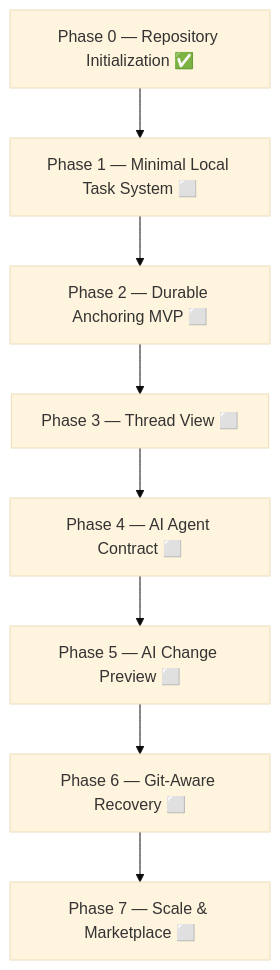
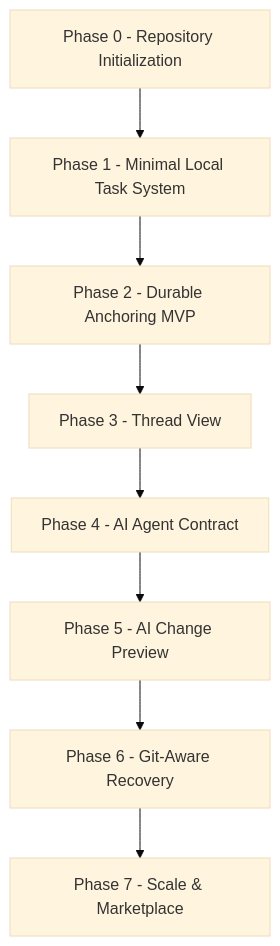
The first of 2 diagrams in docs/roadmap.md (duraisamy-gokul/fix-my-comments), drawn with Mermaid (base theme) before and after one commit. The commit also changed other lines of this file and 12 other files, not shown here.

````diff
--- a/docs/roadmap.md
+++ b/docs/roadmap.md
@@ -17,13 +13,13 @@
 ```mermaid
 flowchart TD
-    P0["Phase 0 — Repository Initialization ✅"]
-    P1["Phase 1 — Minimal Local Task System ⬜"]
-    P2["Phase 2 — Durable Anchoring MVP ⬜"]
-    P3["Phase 3 — Thread View ⬜"]
-    P4["Phase 4 — AI Agent Contract ⬜"]
-    P5["Phase 5 — AI Change Preview ⬜"]
-    P6["Phase 6 — Git-Aware Recovery ⬜"]
-    P7["Phase 7 — Scale & Marketplace ⬜"]
+    P0["Phase 0 - Repository Initialization"]
+    P1["Phase 1 - Minimal Local Task System"]
+    P2["Phase 2 - Durable Anchoring MVP"]
+    P3["Phase 3 - Thread View"]
+    P4["Phase 4 - AI Agent Contract"]
+    P5["Phase 5 - AI Change Preview"]
+    P6["Phase 6 - Git-Aware Recovery"]
+    P7["Phase 7 - Scale & Marketplace"]
 
     P0 --> P1 --> P2 --> P3 --> P4 --> P5 --> P6 --> P7
 ```
````
